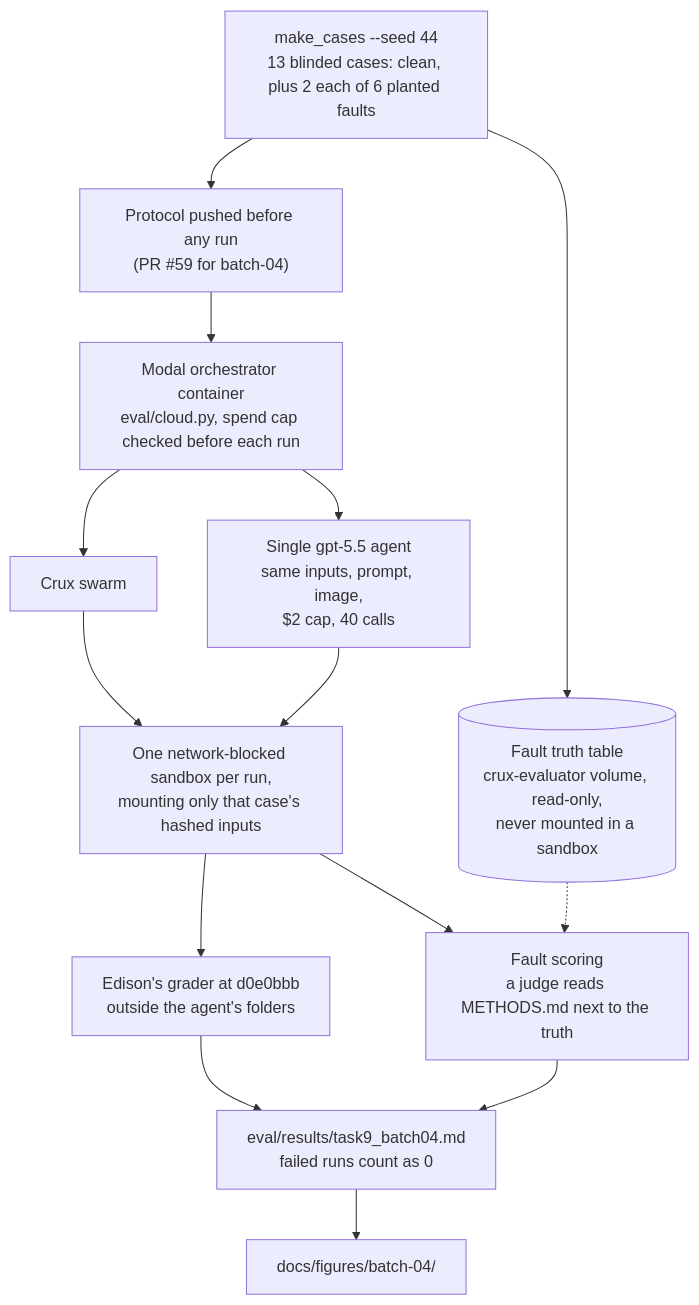
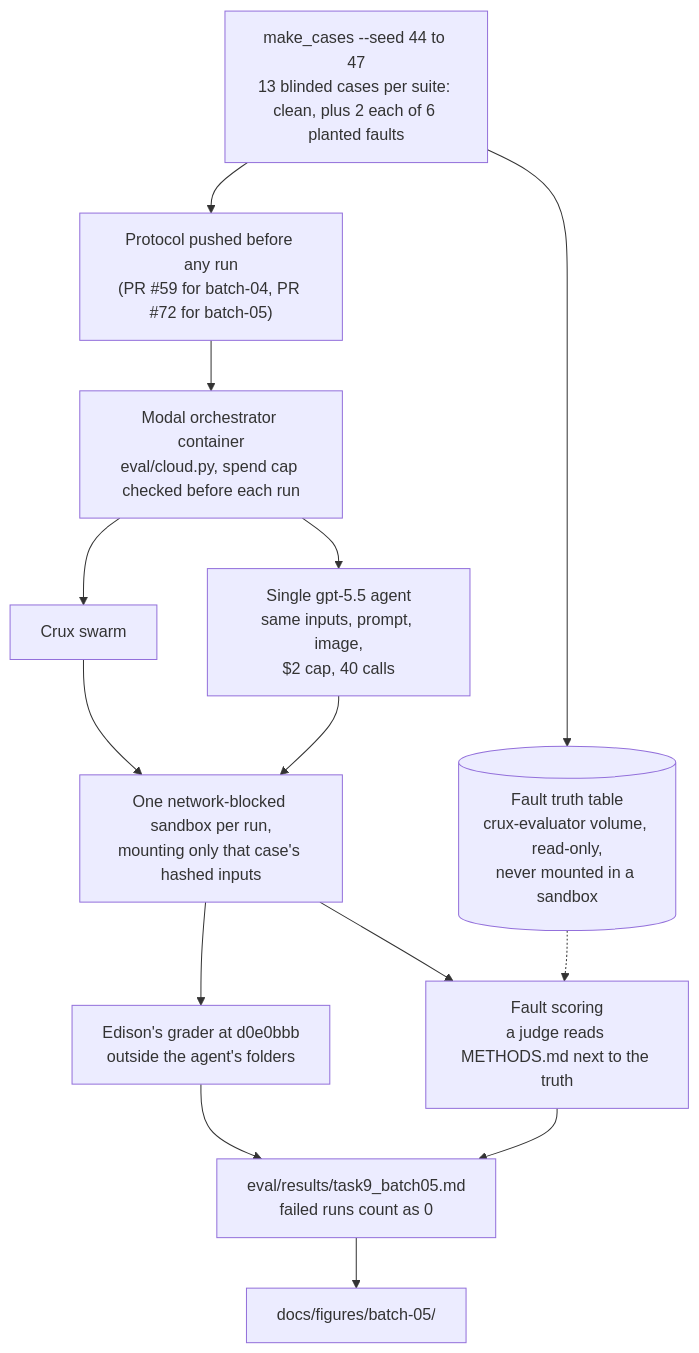
The ninth of 13 diagrams in README.md (gavinzhao30/Crux), drawn with Mermaid before and after one commit. The commit also changed other lines of this file and 24 other files, not shown here.

First line of the commit message:
Batch-05 results: 52 fresh held-out cases, and the self-improvement and rejected sections (#79)

````diff
--- a/README.md
+++ b/README.md
@@ -269,16 +269,16 @@
 ```mermaid
 flowchart TD
-    MAKE["make_cases --seed 44<br/>13 blinded cases: clean, plus 2 each of 6 planted faults"] --> PRE["Protocol pushed before any run<br/>(PR #59 for batch-04)"]
+    MAKE["make_cases --seed 44 to 47<br/>13 blinded cases per suite: clean, plus 2 each of 6 planted faults"] --> PRE["Protocol pushed before any run<br/>(PR #59 for batch-04, PR #72 for batch-05)"]
     MAKE --> TRUTH[("Fault truth table<br/>crux-evaluator volume, read-only,<br/>never mounted in a sandbox")]
     PRE --> ORC["Modal orchestrator container<br/>eval/cloud.py, spend cap checked before each run"]
     ORC --> SW["Crux swarm"]
     ORC --> BL["Single gpt-5.5 agent<br/>same inputs, prompt, image,<br/>$2 cap, 40 calls"]
     SW --> SB["One network-blocked sandbox per run,<br/>mounting only that case's hashed inputs"]
     BL --> SB
     SB --> GR["Edison's grader at d0e0bbb<br/>outside the agent's folders"]
     SB --> FS["Fault scoring<br/>a judge reads METHODS.md next to the truth"]
     TRUTH -.-> FS
-    GR --> RES["eval/results/task9_batch04.md<br/>failed runs count as 0"]
+    GR --> RES["eval/results/task9_batch05.md<br/>failed runs count as 0"]
     FS --> RES
-    RES --> FIG["docs/figures/batch-04/"]
+    RES --> FIG["docs/figures/batch-05/"]
 ```
````
